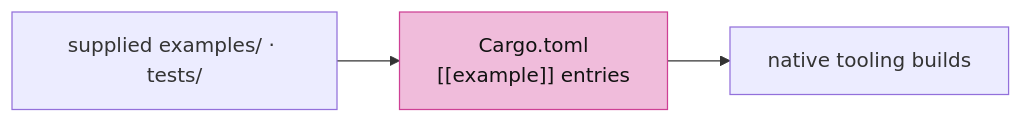
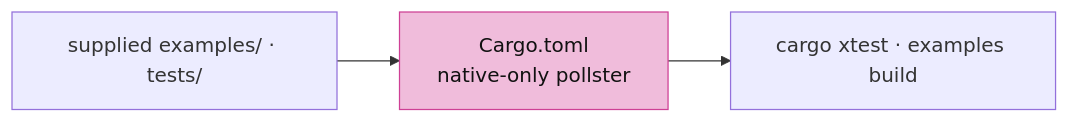
The second of 3 diagrams in session_viewer/docs/16-accounting.md (petrasvestartas/session), drawn with Mermaid before and after one commit. The commit also changed other lines of this file and 11 other files, not shown here.

````diff
--- a/session_viewer/docs/16-accounting.md
+++ b/session_viewer/docs/16-accounting.md
@@ -23,6 +23,6 @@
 ```mermaid
 flowchart LR
-    S["supplied examples/ · tests/"] --> C["Cargo.toml<br/>[[example]] entries"]
-    C --> N["native tooling builds"]
+    S["supplied examples/ · tests/"] --> C["Cargo.toml<br/>native-only pollster"]
+    C --> N["cargo xtest · examples build"]
     style C fill:#f0bcdb,stroke:#ce4095,color:#111
 ```
````
